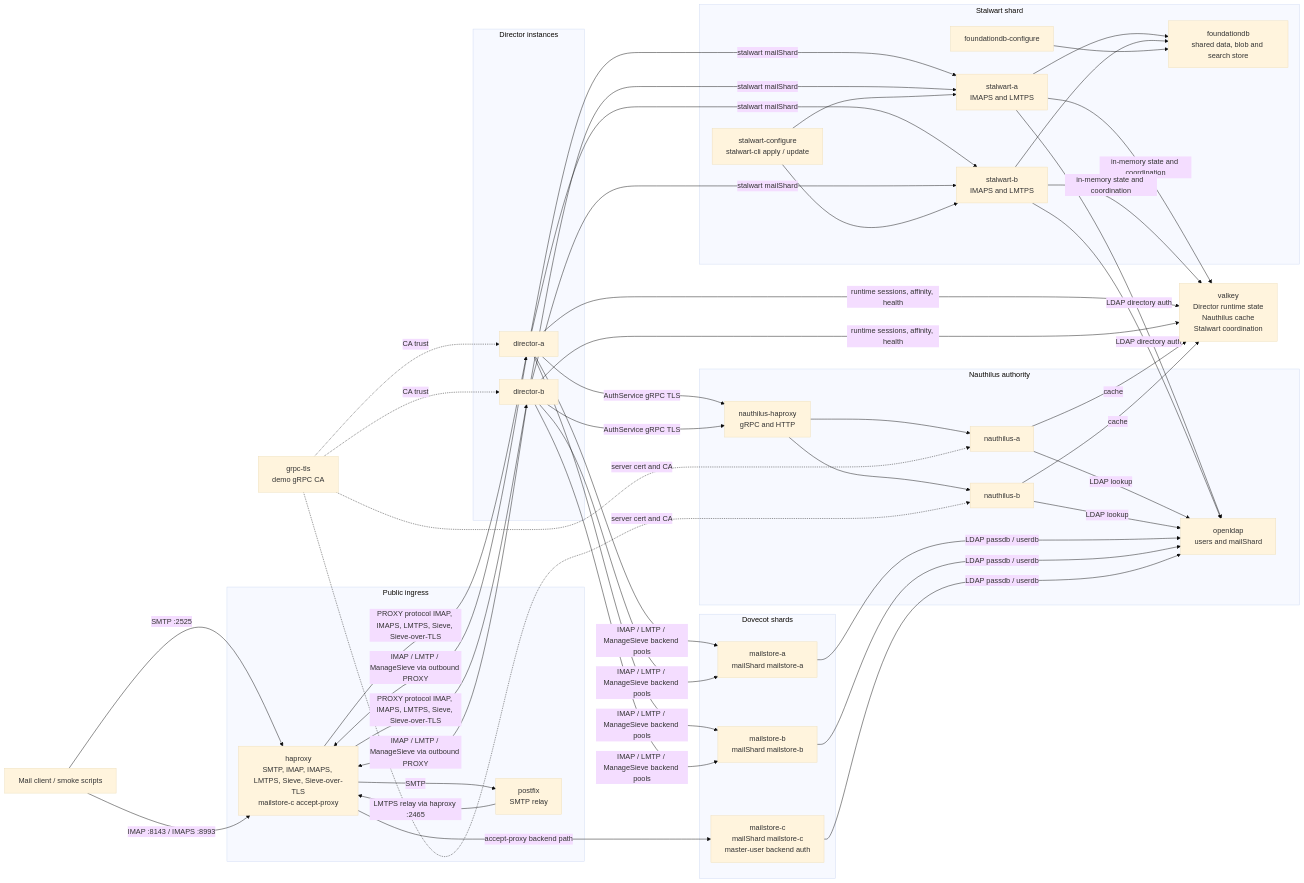
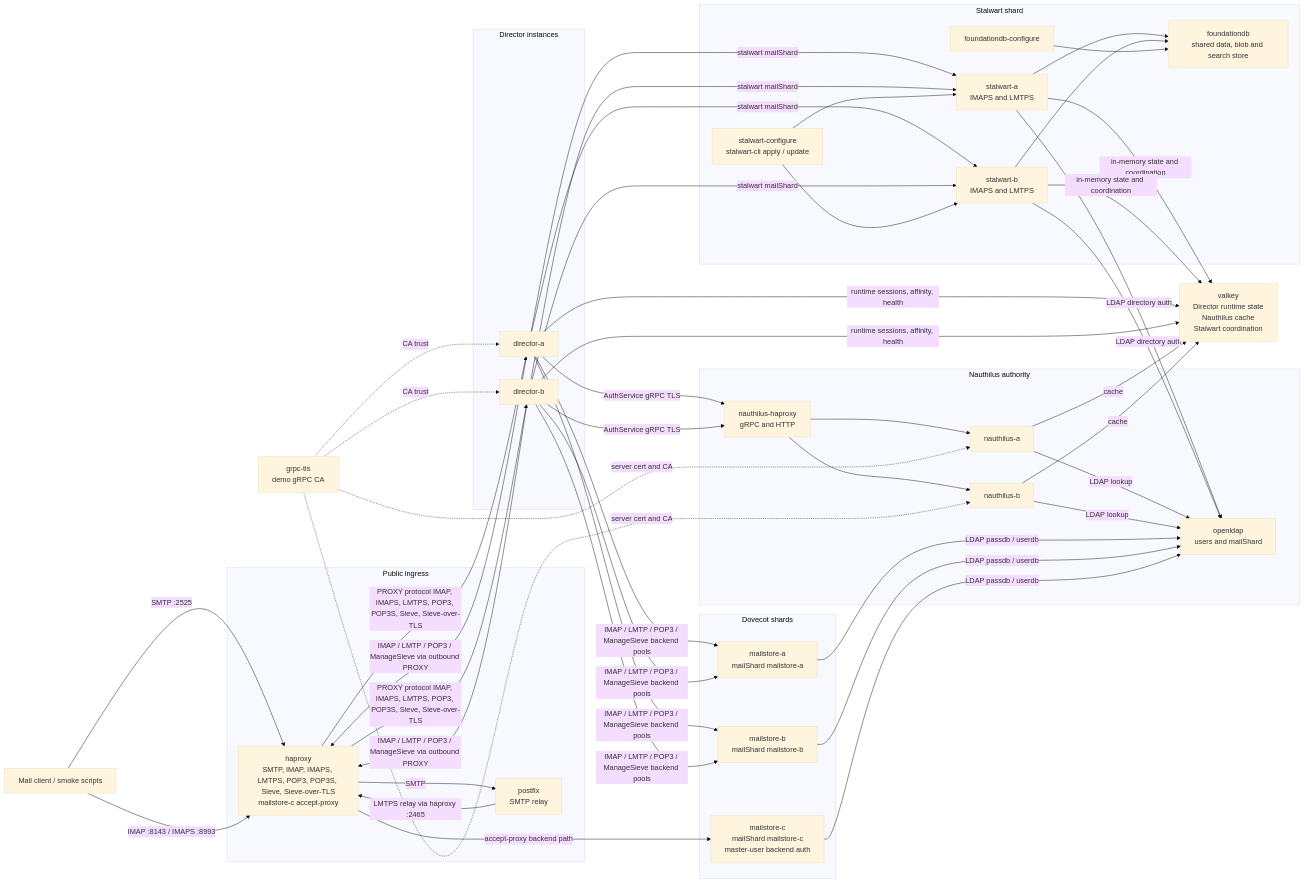
One commit to croessner/nauthilus-director changed the diagram in contrib/demo-stack/README.md. Above: the diagram before and after it, drawn with Mermaid (base theme). The commit also changed other lines of this file and 80 other files, not shown here.

First line of the commit message:
Add: Complete production POP3 proxy support

```diff
--- a/contrib/demo-stack/README.md
+++ b/contrib/demo-stack/README.md
@@ -24,7 +24,7 @@
     client["Mail client / smoke scripts"]
 
     subgraph ingress["Public ingress"]
-        haproxy["haproxy<br/>SMTP, IMAP, IMAPS, LMTPS, Sieve, Sieve-over-TLS<br/>mailstore-c accept-proxy"]
+        haproxy["haproxy<br/>SMTP, IMAP, IMAPS, LMTPS, POP3, POP3S, Sieve, Sieve-over-TLS<br/>mailstore-c accept-proxy"]
         postfix["postfix<br/>SMTP relay"]
     end
 
@@ -61,8 +61,8 @@
     client -->|"IMAP :8143 / IMAPS :8993"| haproxy
     haproxy -->|"SMTP"| postfix
     postfix -->|"LMTPS relay via haproxy :2465"| haproxy
-    haproxy -->|"PROXY protocol IMAP, IMAPS, LMTPS, Sieve, Sieve-over-TLS"| directorA
-    haproxy -->|"PROXY protocol IMAP, IMAPS, LMTPS, Sieve, Sieve-over-TLS"| directorB
+    haproxy -->|"PROXY protocol IMAP, IMAPS, LMTPS, POP3, POP3S, Sieve, Sieve-over-TLS"| directorA
+    haproxy -->|"PROXY protocol IMAP, IMAPS, LMTPS, POP3, POP3S, Sieve, Sieve-over-TLS"| directorB
 
     directorA -->|"AuthService gRPC TLS"| nauthilusProxy
     directorB -->|"AuthService gRPC TLS"| nauthilusProxy
@@ -76,12 +76,12 @@
     nauthilusA -->|"cache"| valkey
     nauthilusB -->|"cache"| valkey
 
-    directorA -->|"IMAP / LMTP / ManageSieve backend pools"| mailstoreA
-    directorA -->|"IMAP / LMTP / ManageSieve backend pools"| mailstoreB
-    directorA -->|"IMAP / LMTP / ManageSieve via outbound PROXY"| haproxy
-    directorB -->|"IMAP / LMTP / ManageSieve backend pools"| mailstoreA
-    directorB -->|"IMAP / LMTP / ManageSieve backend pools"| mailstoreB
-    directorB -->|"IMAP / LMTP / ManageSieve via outbound PROXY"| haproxy
+    directorA -->|"IMAP / LMTP / POP3 / ManageSieve backend pools"| mailstoreA
+    directorA -->|"IMAP / LMTP / POP3 / ManageSieve backend pools"| mailstoreB
+    directorA -->|"IMAP / LMTP / POP3 / ManageSieve via outbound PROXY"| haproxy
+    directorB -->|"IMAP / LMTP / POP3 / ManageSieve backend pools"| mailstoreA
+    directorB -->|"IMAP / LMTP / POP3 / ManageSieve backend pools"| mailstoreB
+    directorB -->|"IMAP / LMTP / POP3 / ManageSieve via outbound PROXY"| haproxy
     haproxy -->|"accept-proxy backend path"| mailstoreC
     mailstoreA -->|"LDAP passdb / userdb"| openldap
     mailstoreB -->|"LDAP passdb / userdb"| openldap
```
